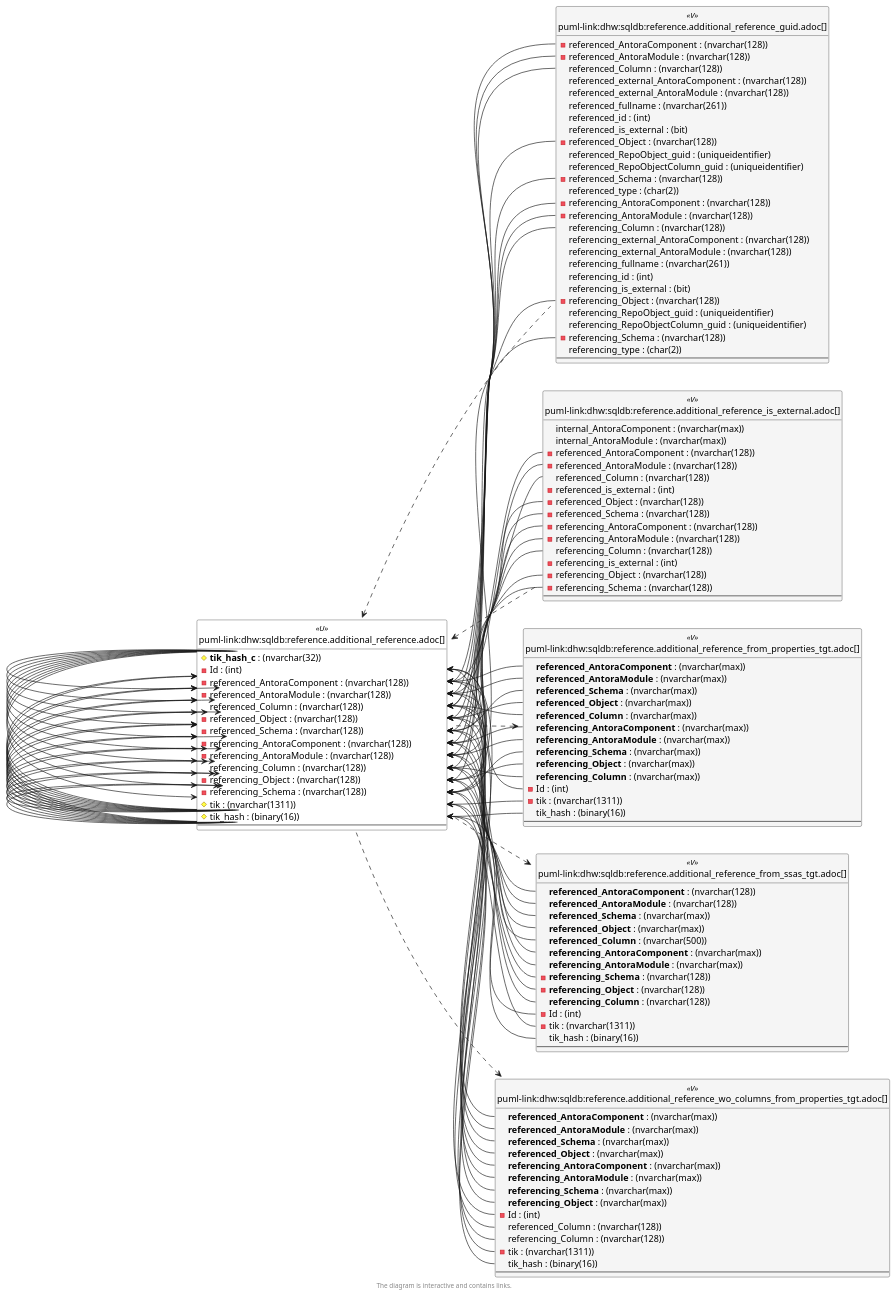
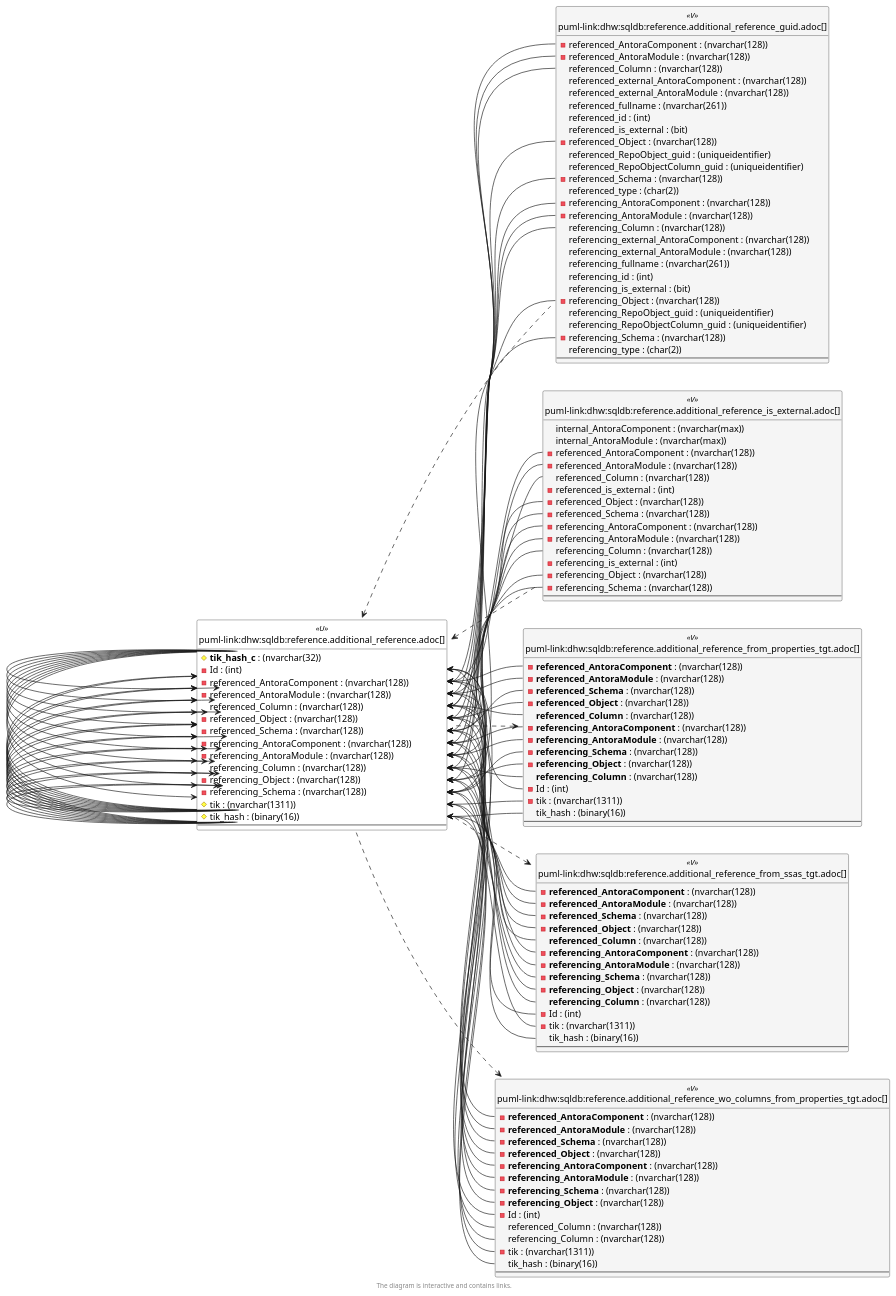
The sixth of 6 diagrams in docs/modules/sqldb/partials/content/reference.additional_reference.adoc (DataHandwerk/dhw-antora-sqldb), drawn with PlantUML before and after one commit. The commit also changed other lines of this file and 641 other files, not shown here.

```diff
--- a/docs/modules/sqldb/partials/content/reference.additional_reference.adoc
+++ b/docs/modules/sqldb/partials/content/reference.additional_reference.adoc
@@ -4033,16 +4033,16 @@
 }
 
 entity "puml-link:dhw:sqldb:reference.additional_reference_from_properties_tgt.adoc[]" as reference.additional_Reference_from_properties_tgt << V >> {
-  **referenced_AntoraComponent** : (nvarchar(max))
-  **referenced_AntoraModule** : (nvarchar(max))
-  **referenced_Schema** : (nvarchar(max))
-  **referenced_Object** : (nvarchar(max))
-  **referenced_Column** : (nvarchar(max))
-  **referencing_AntoraComponent** : (nvarchar(max))
-  **referencing_AntoraModule** : (nvarchar(max))
-  **referencing_Schema** : (nvarchar(max))
-  **referencing_Object** : (nvarchar(max))
-  **referencing_Column** : (nvarchar(max))
+  - **referenced_AntoraComponent** : (nvarchar(128))
+  - **referenced_AntoraModule** : (nvarchar(128))
+  - **referenced_Schema** : (nvarchar(128))
+  - **referenced_Object** : (nvarchar(128))
+  **referenced_Column** : (nvarchar(128))
+  - **referencing_AntoraComponent** : (nvarchar(128))
+  - **referencing_AntoraModule** : (nvarchar(128))
+  - **referencing_Schema** : (nvarchar(128))
+  - **referencing_Object** : (nvarchar(128))
+  **referencing_Column** : (nvarchar(128))
   - Id : (int)
   - tik : (nvarchar(1311))
   tik_hash : (binary(16))
@@ -4050,13 +4050,13 @@
 }
 
 entity "puml-link:dhw:sqldb:reference.additional_reference_from_ssas_tgt.adoc[]" as reference.additional_Reference_from_ssas_tgt << V >> {
-  **referenced_AntoraComponent** : (nvarchar(128))
-  **referenced_AntoraModule** : (nvarchar(128))
-  **referenced_Schema** : (nvarchar(max))
-  **referenced_Object** : (nvarchar(max))
-  **referenced_Column** : (nvarchar(500))
-  **referencing_AntoraComponent** : (nvarchar(max))
-  **referencing_AntoraModule** : (nvarchar(max))
+  - **referenced_AntoraComponent** : (nvarchar(128))
+  - **referenced_AntoraModule** : (nvarchar(128))
+  - **referenced_Schema** : (nvarchar(128))
+  - **referenced_Object** : (nvarchar(128))
+  **referenced_Column** : (nvarchar(128))
+  - **referencing_AntoraComponent** : (nvarchar(128))
+  - **referencing_AntoraModule** : (nvarchar(128))
   - **referencing_Schema** : (nvarchar(128))
   - **referencing_Object** : (nvarchar(128))
   **referencing_Column** : (nvarchar(128))
@@ -4115,14 +4115,14 @@
 }
 
 entity "puml-link:dhw:sqldb:reference.additional_reference_wo_columns_from_properties_tgt.adoc[]" as reference.additional_Reference_wo_columns_from_properties_tgt << V >> {
-  **referenced_AntoraComponent** : (nvarchar(max))
-  **referenced_AntoraModule** : (nvarchar(max))
-  **referenced_Schema** : (nvarchar(max))
-  **referenced_Object** : (nvarchar(max))
-  **referencing_AntoraComponent** : (nvarchar(max))
-  **referencing_AntoraModule** : (nvarchar(max))
-  **referencing_Schema** : (nvarchar(max))
-  **referencing_Object** : (nvarchar(max))
+  - **referenced_AntoraComponent** : (nvarchar(128))
+  - **referenced_AntoraModule** : (nvarchar(128))
+  - **referenced_Schema** : (nvarchar(128))
+  - **referenced_Object** : (nvarchar(128))
+  - **referencing_AntoraComponent** : (nvarchar(128))
+  - **referencing_AntoraModule** : (nvarchar(128))
+  - **referencing_Schema** : (nvarchar(128))
+  - **referencing_Object** : (nvarchar(128))
   - Id : (int)
   referenced_Column : (nvarchar(128))
   referencing_Column : (nvarchar(128))
```
